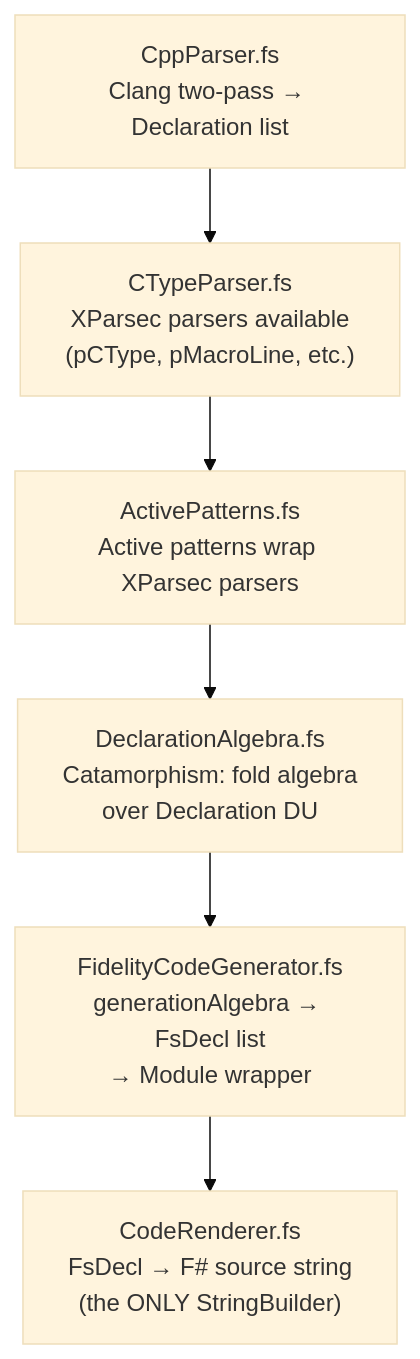
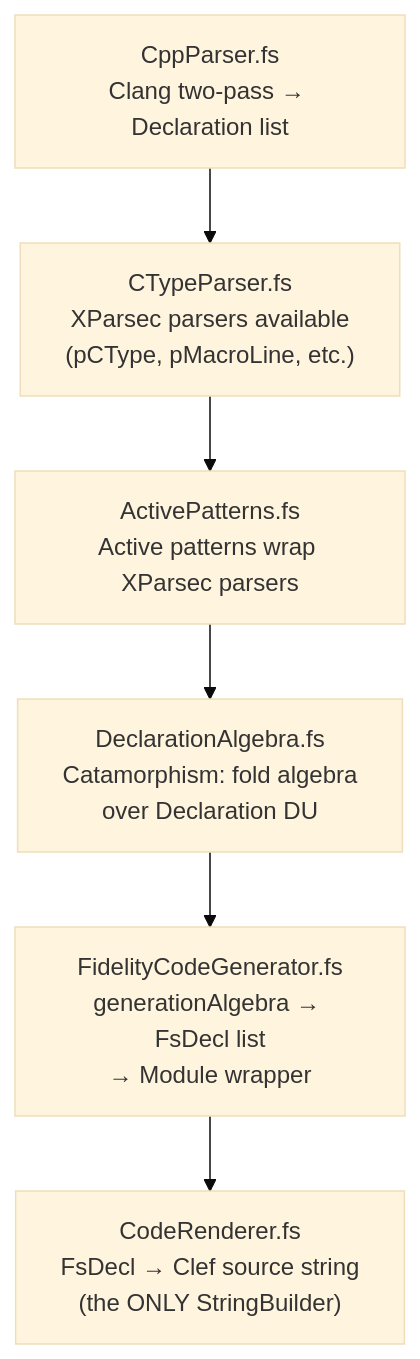
One commit to FidelityFramework/Farscape changed the second of 2 diagrams in docs/04_XParsec_Architecture.md. Above: the diagram before and after it, drawn with Mermaid (base theme). The commit also changed other lines of this file and 34 other files, not shown here.

````diff
--- a/docs/04_XParsec_Architecture.md
+++ b/docs/04_XParsec_Architecture.md
@@ -199,8 +199,8 @@
 ```mermaid
 flowchart TD
     A["CppParser.fs<br/>Clang two-pass → Declaration list"] --> B["CTypeParser.fs<br/>XParsec parsers available<br/>(pCType, pMacroLine, etc.)"]
     B --> C["ActivePatterns.fs<br/>Active patterns wrap XParsec parsers"]
     C --> D["DeclarationAlgebra.fs<br/>Catamorphism: fold algebra<br/>over Declaration DU"]
     D --> E["FidelityCodeGenerator.fs<br/>generationAlgebra → FsDecl list<br/>→ Module wrapper"]
-    E --> F["CodeRenderer.fs<br/>FsDecl → F# source string<br/>(the ONLY StringBuilder)"]
+    E --> F["CodeRenderer.fs<br/>FsDecl → Clef source string<br/>(the ONLY StringBuilder)"]
 ```
````
